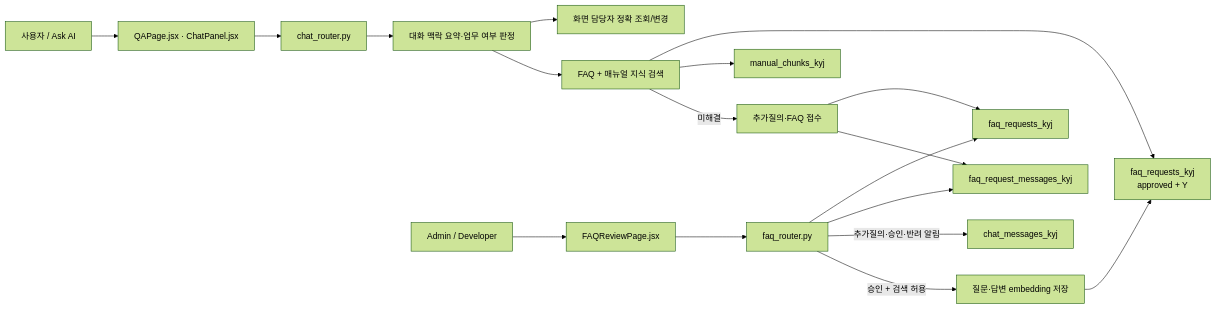
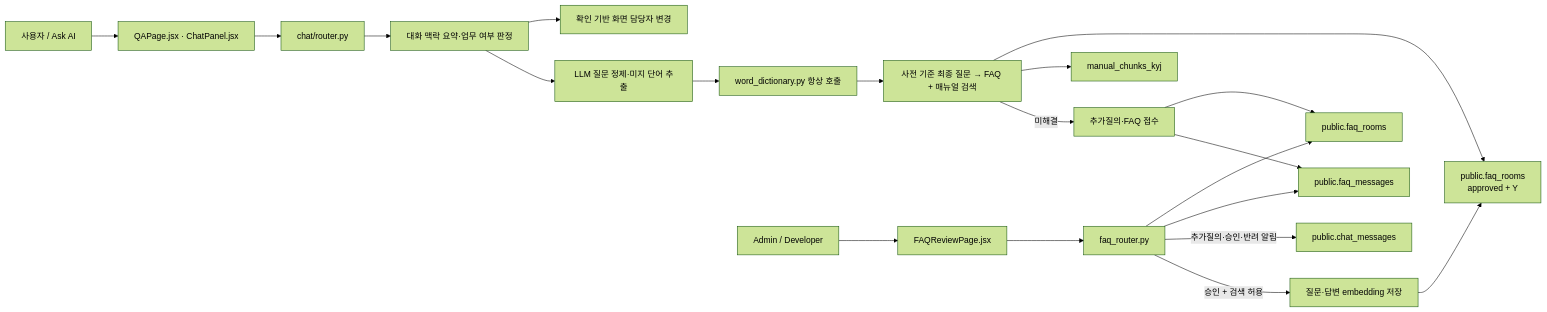
One commit to hyunssu/AX_ATTACK changed the first of 3 diagrams in README_kyj.md. Above: the diagram before and after it, drawn with Mermaid (forest theme). The commit also changed other lines of this file and 26 other files, not shown here.

````diff
--- a/README_kyj.md
+++ b/README_kyj.md
@@ -19,20 +21,22 @@
 ```mermaid
 flowchart LR
     U["사용자 / Ask AI"] --> QP["QAPage.jsx · ChatPanel.jsx"]
-    QP --> CR["chat_router.py"]
+    QP --> CR["chat/router.py"]
     CR --> CTX["대화 맥락 요약·업무 여부 판정"]
-    CTX --> OWNER["화면 담당자 정확 조회/변경"]
-    CTX --> KR["FAQ + 매뉴얼 지식 검색"]
-    KR --> FR["faq_requests_kyj\napproved + Y"]
+    CTX --> OWNER["확인 기반 화면 담당자 변경"]
+    CTX --> PREP["LLM 질문 정제·미지 단어 추출"]
+    PREP --> DICT["word_dictionary.py 항상 호출"]
+    DICT --> KR["사전 기준 최종 질문 → FAQ + 매뉴얼 검색"]
+    KR --> FR["public.faq_rooms\napproved + Y"]
     KR --> MR["manual_chunks_kyj"]
     KR -->|미해결| FI["추가질의·FAQ 접수"]
-    FI --> FREQ["faq_requests_kyj"]
-    FI --> FMSG["faq_request_messages_kyj"]
+    FI --> FREQ["public.faq_rooms"]
+    FI --> FMSG["public.faq_messages"]
     R["Admin / Developer"] --> FP["FAQReviewPage.jsx"]
     FP --> FAQAPI["faq_router.py"]
     FAQAPI --> FREQ
     FAQAPI --> FMSG
-    FAQAPI -->|추가질의·승인·반려 알림| CM["chat_messages_kyj"]
+    FAQAPI -->|추가질의·승인·반려 알림| CM["public.chat_messages"]
     FAQAPI -->|승인 + 검색 허용| EMB["질문·답변 embedding 저장"]
     EMB --> FR
 ```
````
